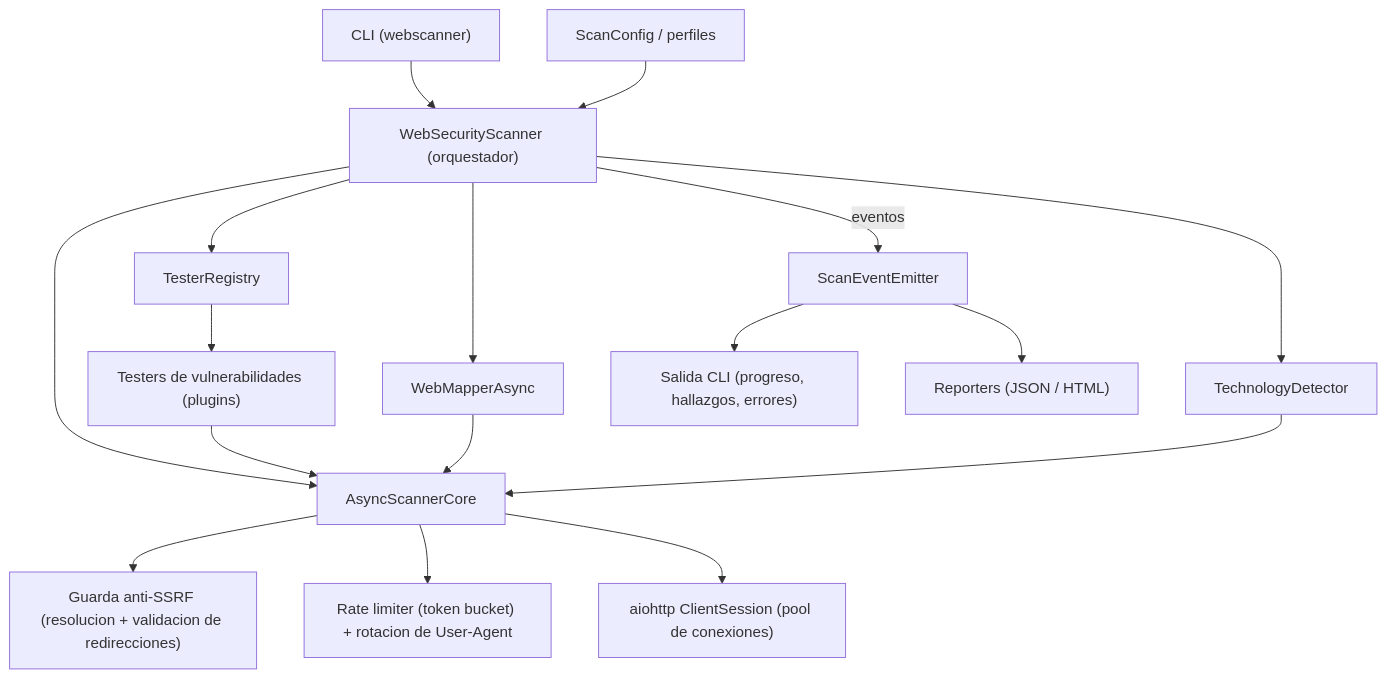
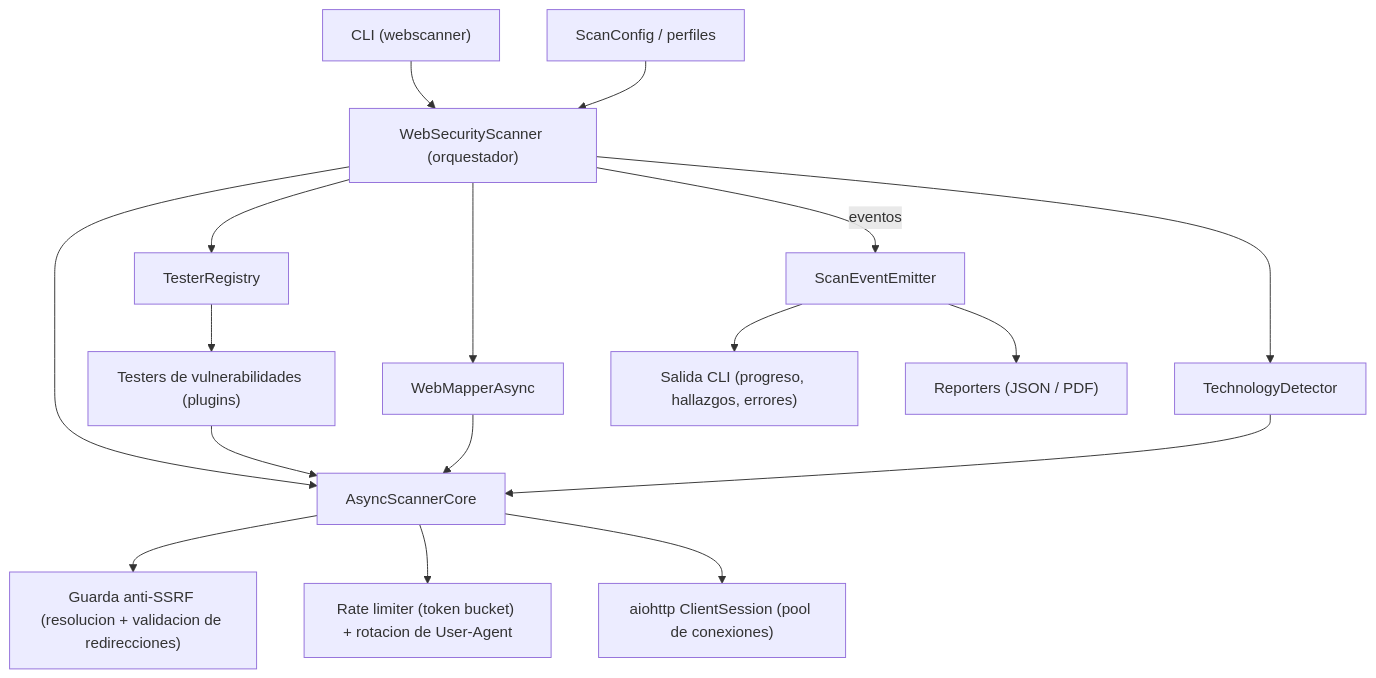
Before and after one commit to Luis000923/Web_security_scanner: the diagram in README.md, drawn with Mermaid. The commit also changed other lines of this file and 79 other files, not shown here.

````diff
--- a/README.md
+++ b/README.md
@@ -35,22 +36,22 @@
 ```mermaid
 flowchart TD
     CLI["CLI (webscanner)"] --> ORCH["WebSecurityScanner (orquestador)"]
     CFG["ScanConfig / perfiles"] --> ORCH
     ORCH --> CORE["AsyncScannerCore"]
     ORCH --> REG["TesterRegistry"]
     ORCH --> MAP["WebMapperAsync"]
     ORCH --> TECH["TechnologyDetector"]
 
     REG --> TST["Testers de vulnerabilidades (plugins)"]
     TST --> CORE
     MAP --> CORE
     TECH --> CORE
 
     CORE --> SSRF["Guarda anti-SSRF (resolucion + validacion de redirecciones)"]
     CORE --> RL["Rate limiter (token bucket) + rotacion de User-Agent"]
     CORE --> HTTP["aiohttp ClientSession (pool de conexiones)"]
 
     ORCH -- eventos --> BUS["ScanEventEmitter"]
     BUS --> CLIOUT["Salida CLI (progreso, hallazgos, errores)"]
-    BUS --> REP["Reporters (JSON / HTML)"]
+    BUS --> REP["Reporters (JSON / PDF)"]
 ```
````
